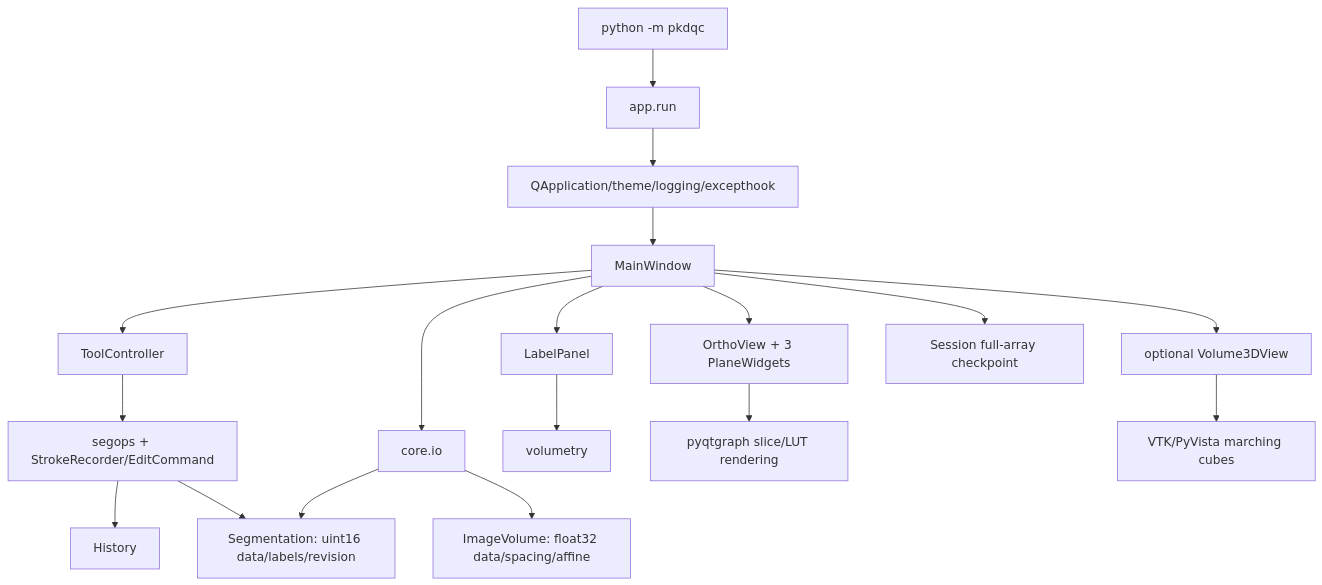
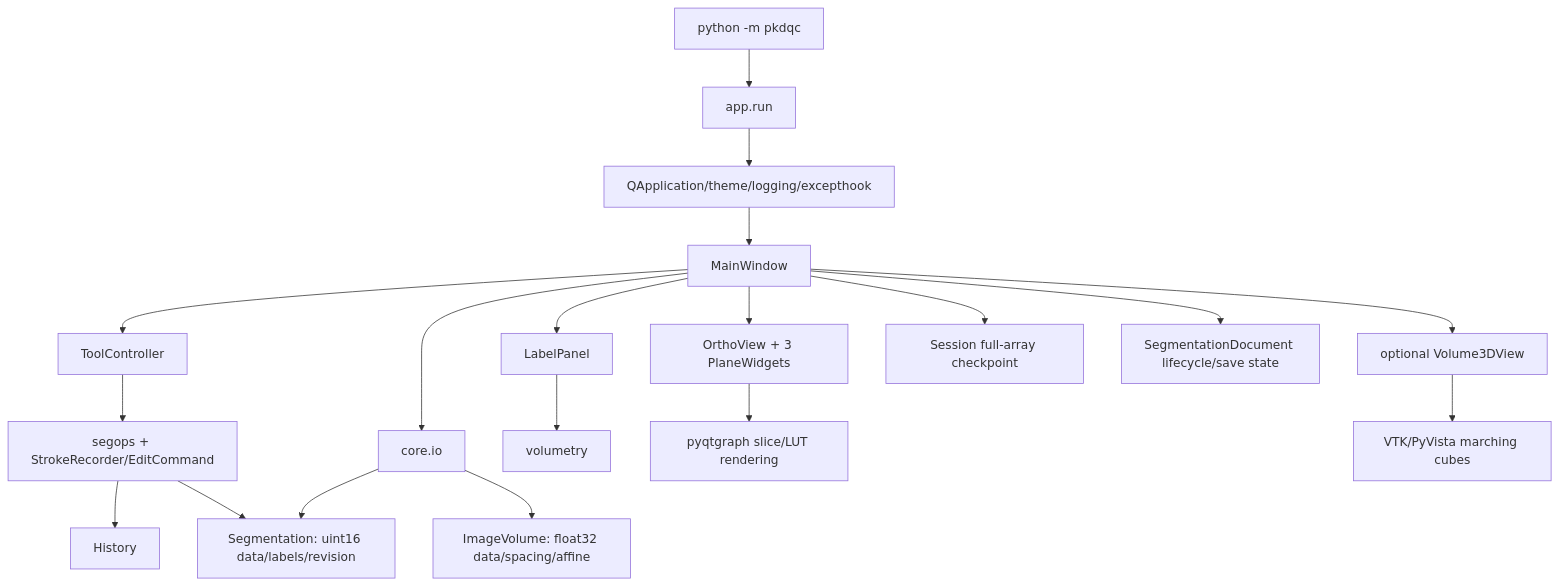
One commit to MelitiSaad/PKD_GUI changed the first of 2 diagrams in docs/ARCHITECTURE.md. Above: the diagram before and after it, drawn with Mermaid. The commit also changed other lines of this file and 6 other files, not shown here.

Commit message:
Implement Round 1B segmentation document lifecycle

````diff
--- a/docs/ARCHITECTURE.md
+++ b/docs/ARCHITECTURE.md
@@ -5,20 +5,21 @@
 ```mermaid
 flowchart TD
   E[python -m pkdqc] --> A[app.run]
   A --> Q[QApplication/theme/logging/excepthook]
   Q --> M[MainWindow]
   M --> O[OrthoView + 3 PlaneWidgets]
   M --> T[ToolController]
   M --> P[LabelPanel]
   M --> V[optional Volume3DView]
   M --> IO[core.io]
   IO --> I[ImageVolume: float32 data/spacing/affine]
   IO --> S[Segmentation: uint16 data/labels/revision]
   T --> C[segops + StrokeRecorder/EditCommand]
   C --> S
   C --> H[History]
   M --> SS[Session full-array checkpoint]
+  M --> D[SegmentationDocument lifecycle/save state]
   P --> VM[volumetry]
   O --> R[pyqtgraph slice/LUT rendering]
   V --> MC[VTK/PyVista marching cubes]
 ```
````
